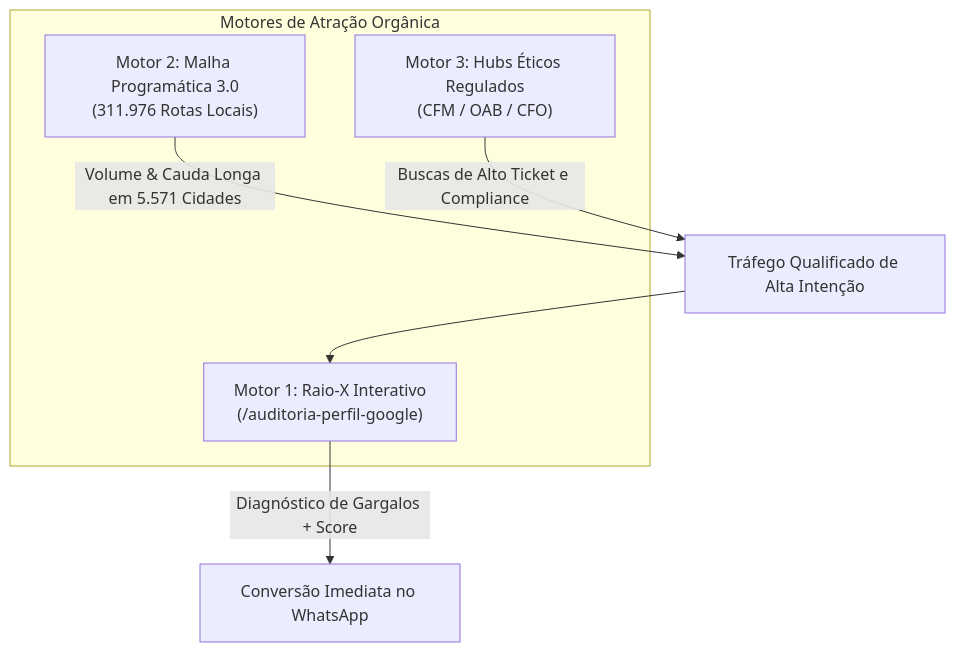
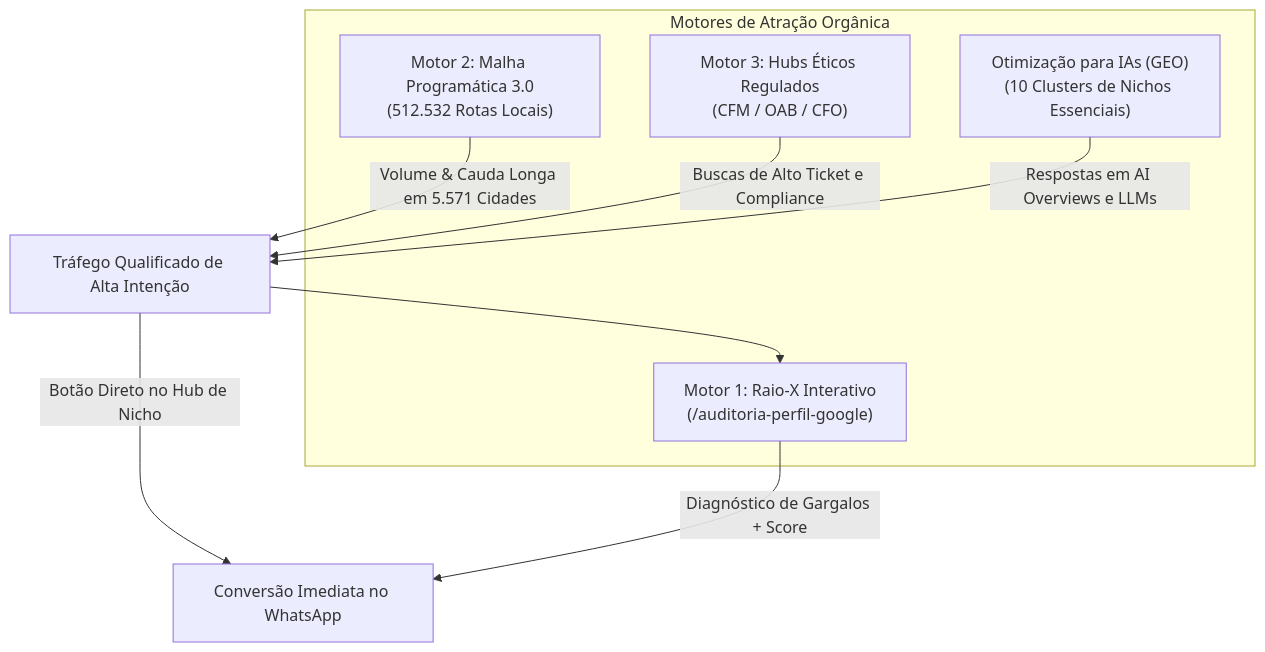
Before and after one commit to leoferrazdev/leonardo-brasil: the diagram in cofre-leonardo-brasil/3. Inteligência de SEO e Motores/Máquina de SEO Local - Visão Geral.md, drawn with Mermaid. The commit also changed other lines of this file and 11 other files, not shown here.

````diff
--- a/cofre-leonardo-brasil/3. Inteligência de SEO e Motores/Máquina de SEO Local - Visão Geral.md
+++ b/cofre-leonardo-brasil/3. Inteligência de SEO e Motores/Máquina de SEO Local - Visão Geral.md
@@ -17,13 +17,16 @@
 ```mermaid
 flowchart TD
     subgraph Motores de Atração Orgânica
         M1["Motor 1: Raio-X Interativo<br>(/auditoria-perfil-google)"]
-        M2["Motor 2: Malha Programática 3.0<br>(311.976 Rotas Locais)"]
+        M2["Motor 2: Malha Programática 3.0<br>(512.532 Rotas Locais)"]
         M3["Motor 3: Hubs Éticos Regulados<br>(CFM / OAB / CFO)"]
+        GEO["Otimização para IAs (GEO)<br>(10 Clusters de Nichos Essenciais)"]
     end
 
     M2 -->|Volume & Cauda Longa em 5.571 Cidades| Traffic["Tráfego Qualificado de Alta Intenção"]
     M3 -->|Buscas de Alto Ticket e Compliance| Traffic
+    GEO -->|Respostas em AI Overviews e LLMs| Traffic
     Traffic --> M1
-    M1 -->|Diagnóstico de Gargalos + Score| WPP["Conversão Imediata no WhatsApp"]
+    Traffic -->|Botão Direto no Hub de Nicho| WPP["Conversão Imediata no WhatsApp"]
+    M1 -->|Diagnóstico de Gargalos + Score| WPP
 ```
````
